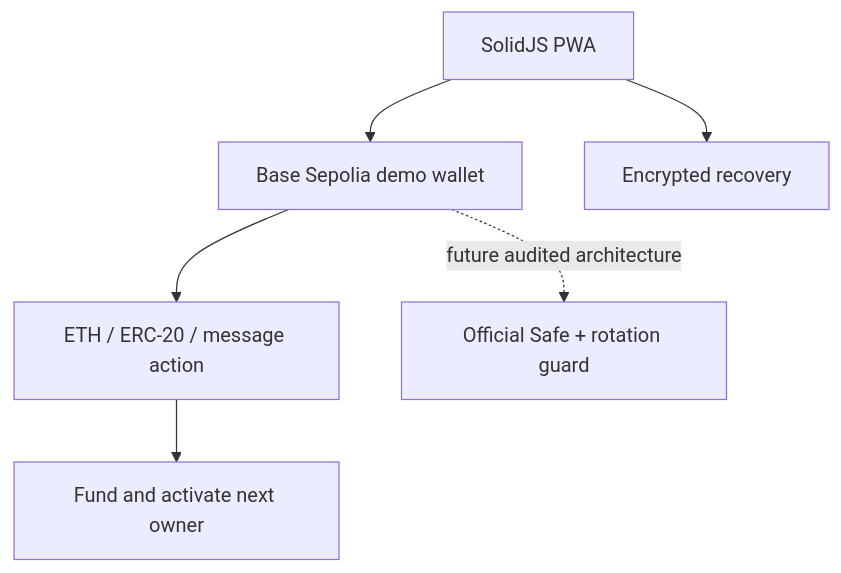
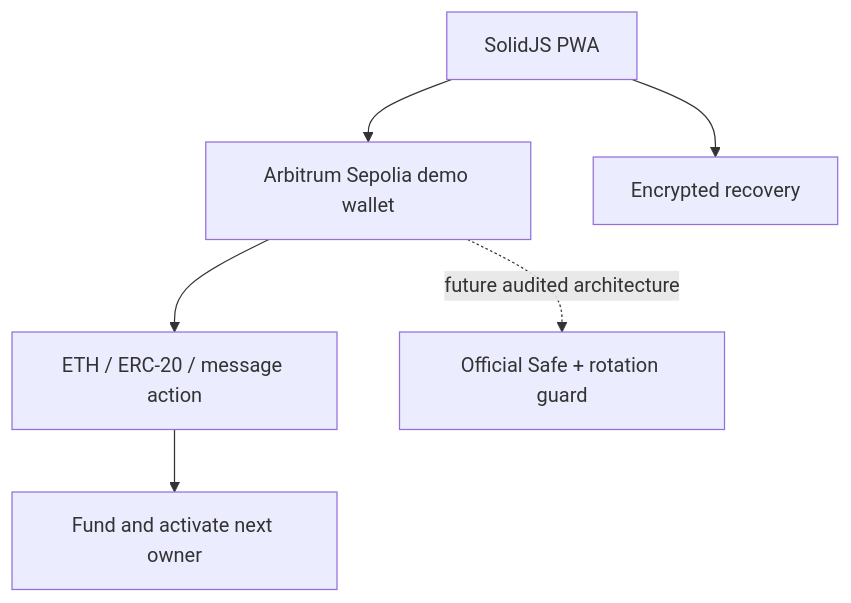
One commit to SilentCicero/bunker-wallet changed the second of 2 diagrams in README.md. Above: the diagram before and after it, drawn with Mermaid. The commit also changed other lines of this file and 29 other files, not shown here.

Commit message:
Move demo to Arbitrum Sepolia

````diff
--- a/README.md
+++ b/README.md
@@ -50,8 +50,8 @@
 ```mermaid
 flowchart TB
-  PWA[SolidJS PWA] --> D[Base Sepolia demo wallet]
+  PWA[SolidJS PWA] --> D[Arbitrum Sepolia demo wallet]
   D --> A[ETH / ERC-20 / message action]
   A --> K[Fund and activate next owner]
   PWA --> V[Encrypted recovery]
   D -. future audited architecture .-> S[Official Safe + rotation guard]
 ```
````
